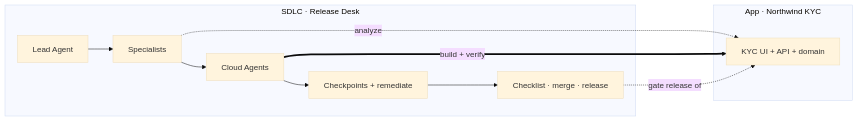
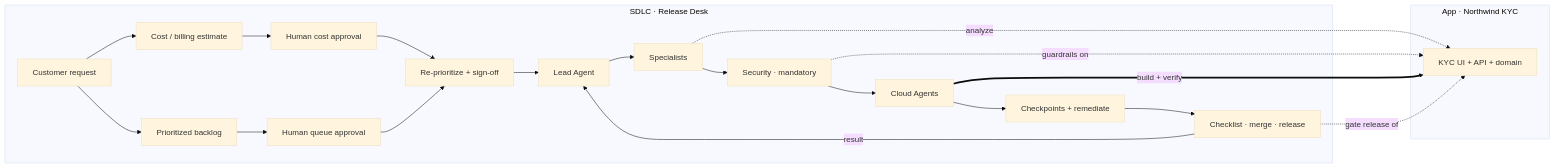
One commit to vishamathur/mvp-releasedesk changed the diagram in docs/architecture-mermaid.md. Above: the diagram before and after it, drawn with Mermaid (base theme). The commit also changed other lines of this file and 16 other files, not shown here.

First line of the commit message:
Make Security mandatory on every Release Desk change

````diff
--- a/docs/architecture-mermaid.md
+++ b/docs/architecture-mermaid.md
@@ -7,19 +7,35 @@
 ```mermaid
 flowchart LR
   subgraph SDLC["SDLC · Release Desk"]
+    Req["Customer request"]
+    Cost["Cost / billing estimate"]
+    Queue["Prioritized backlog"]
+    CostApprove["Human cost approval"]
+    QApprove["Human queue approval"]
+    RePri["Re-prioritize + sign-off"]
     Lead["Lead Agent"]
     Spec["Specialists"]
+    Sec["Security · mandatory"]
     Cloud["Cloud Agents"]
     Verify["Checkpoints + remediate"]
     Human["Checklist · merge · release"]
   end
 
   subgraph APP["App · Northwind KYC"]
     KYC["KYC UI + API + domain"]
   end
 
-  Lead --> Spec --> Cloud --> Verify --> Human
+  Req --> Cost
+  Req --> Queue
+  Cost --> CostApprove
+  Queue --> QApprove
+  CostApprove --> RePri
+  QApprove --> RePri
+  RePri --> Lead
+  Lead --> Spec --> Sec --> Cloud --> Verify --> Human
   Spec -.->|analyze| KYC
+  Sec -.->|guardrails on| KYC
   Cloud ==>|build + verify| KYC
   Human -.->|gate release of| KYC
+  Human -->|result| Lead
 ```
````
